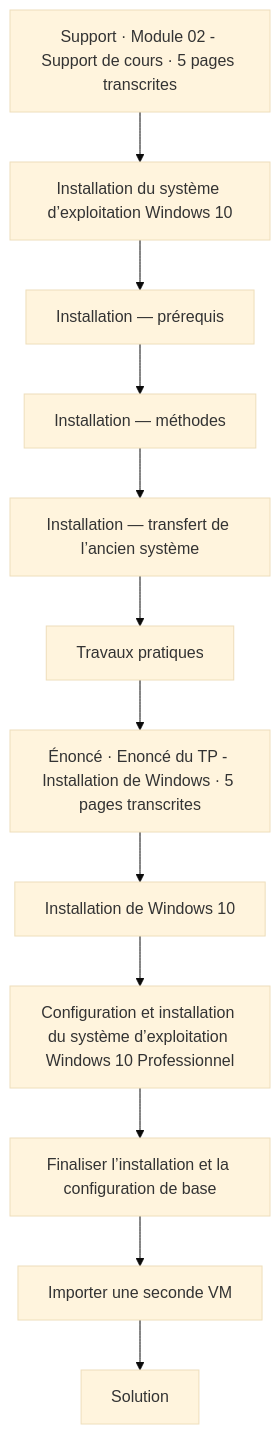
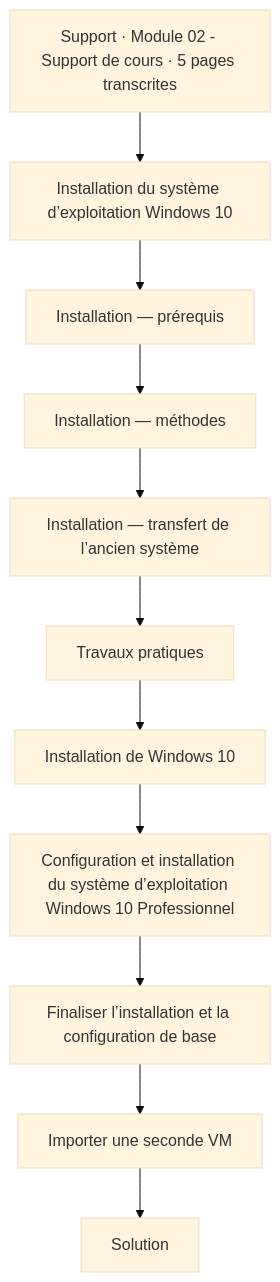
One commit to sk34pk25/tssr-cours changed the first of 5 diagrams in docs/modules/02-systemes-clients-microsoft/module-02-installation-du-systeme-d-exploitation-windows-10.md. Above: the diagram before and after it, drawn with Mermaid (base theme). The commit also changed other lines of this file and 108 other files, not shown here.

````diff
--- a/docs/modules/02-systemes-clients-microsoft/module-02-installation-du-systeme-d-exploitation-windows-10.md
+++ b/docs/modules/02-systemes-clients-microsoft/module-02-installation-du-systeme-d-exploitation-windows-10.md
@@ -98,26 +98,24 @@
 ```mermaid
 flowchart TD
     N1["Support · Module 02 - Support de cours · 5 pages transcrites"]
     N2["Installation du système d’exploitation Windows 10"]
     N3["Installation — prérequis"]
     N4["Installation — méthodes"]
     N5["Installation — transfert de l’ancien système"]
     N6["Travaux pratiques"]
-    N7["Énoncé · Enoncé du TP - Installation de Windows · 5 pages transcrites"]
     N8["Installation de Windows 10"]
     N9["Configuration et installation du système d’exploitation Windows 10 Professionnel"]
     N10["Finaliser l’installation et la configuration de base"]
     N11["Importer une seconde VM"]
     N12["Solution"]
     N1 --> N2
     N2 --> N3
     N3 --> N4
     N4 --> N5
     N5 --> N6
-    N6 --> N7
-    N7 --> N8
+    N6 --> N8
     N8 --> N9
     N9 --> N10
     N10 --> N11
     N11 --> N12
 ```
````
